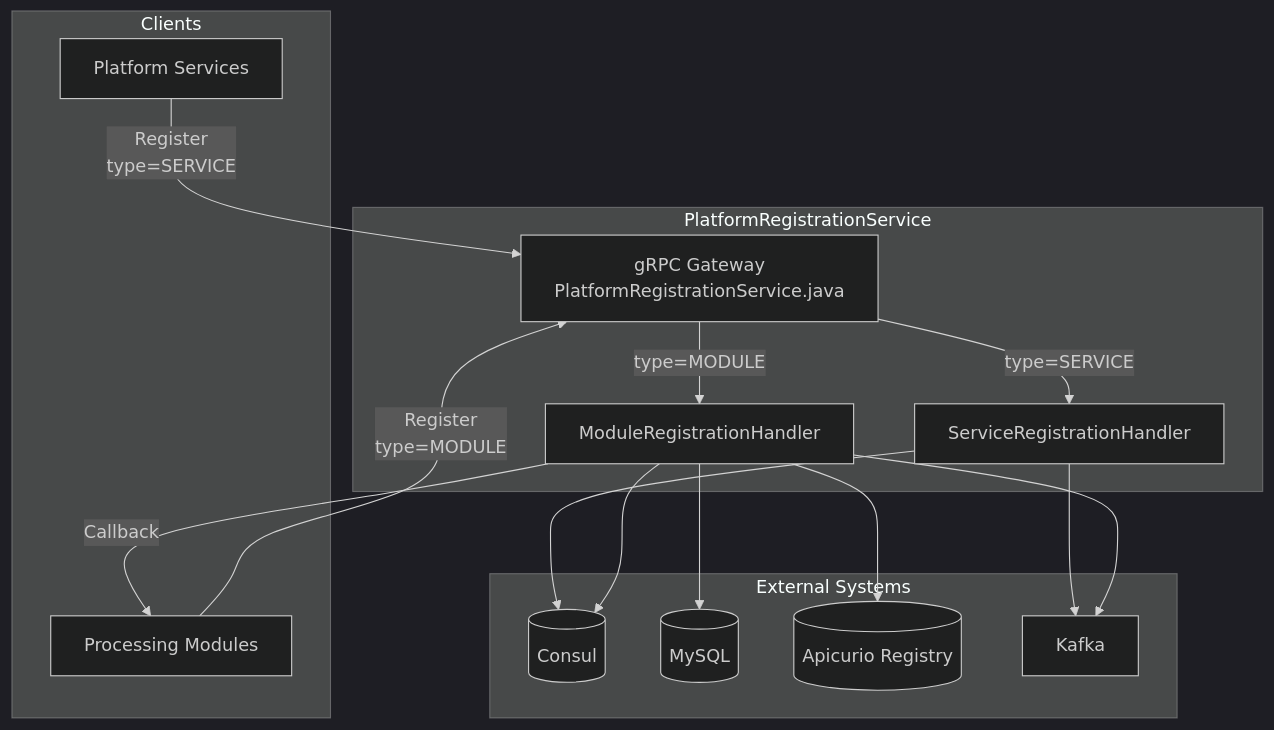
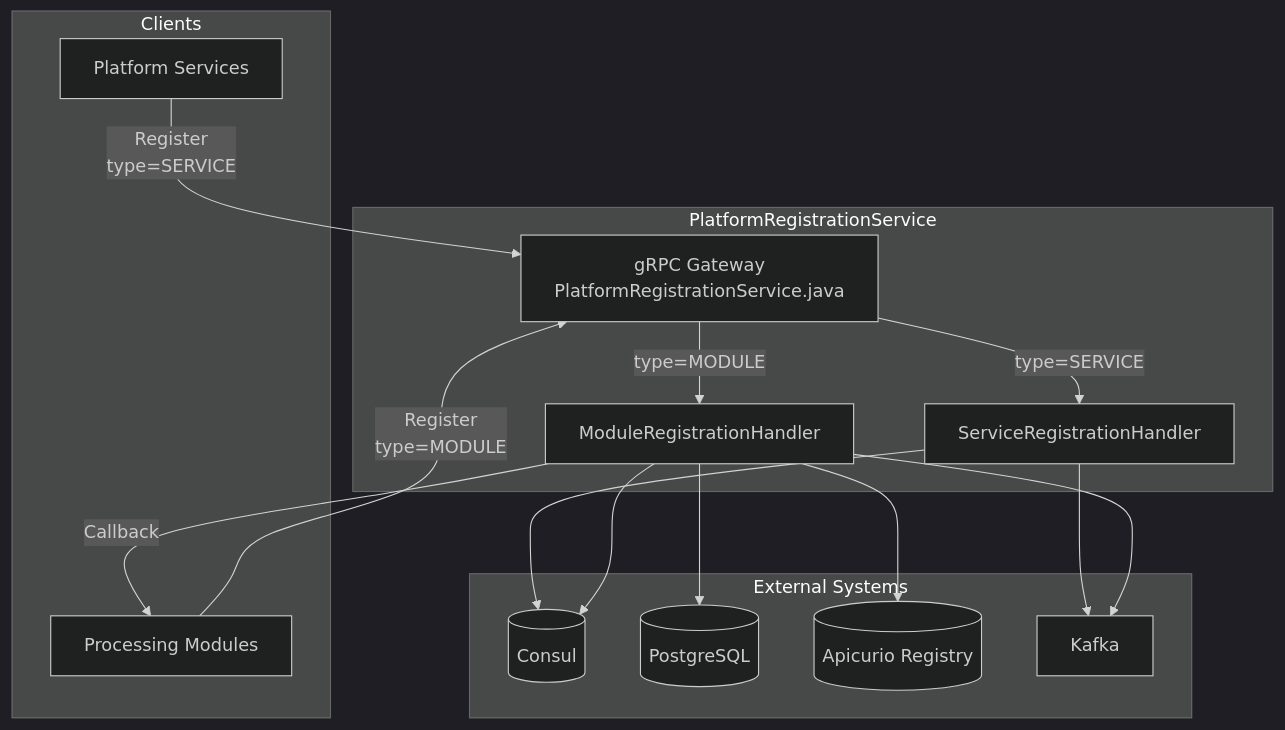
One commit to ai-pipestream/platform-registration-service changed the first of 7 diagrams in docs/REGISTRATION_FLOW.md. Above: the diagram before and after it, drawn with Mermaid (dark theme). The commit also changed other lines of this file and 12 other files, not shown here.

````diff
--- a/docs/REGISTRATION_FLOW.md
+++ b/docs/REGISTRATION_FLOW.md
@@ -51,35 +51,35 @@
 ```mermaid
 flowchart TB
     subgraph Clients
         SVC[Platform Services]
         MOD[Processing Modules]
     end
     
     subgraph PlatformRegistrationService
         GW[gRPC Gateway<br/>PlatformRegistrationService.java]
         SRH[ServiceRegistrationHandler]
         MRH[ModuleRegistrationHandler]
     end
     
     subgraph External Systems
         CONSUL[(Consul)]
-        DB[(MySQL)]
+        DB[(PostgreSQL)]
         APICURIO[(Apicurio Registry)]
         KAFKA[Kafka]
     end
     
     SVC -->|Register<br/>type=SERVICE| GW
     MOD -->|Register<br/>type=MODULE| GW
     
     GW -->|type=SERVICE| SRH
     GW -->|type=MODULE| MRH
     
     SRH --> CONSUL
     MRH --> CONSUL
     MRH -->|Callback| MOD
     MRH --> DB
     MRH --> APICURIO
     
     SRH --> KAFKA
     MRH --> KAFKA
 ```
````
